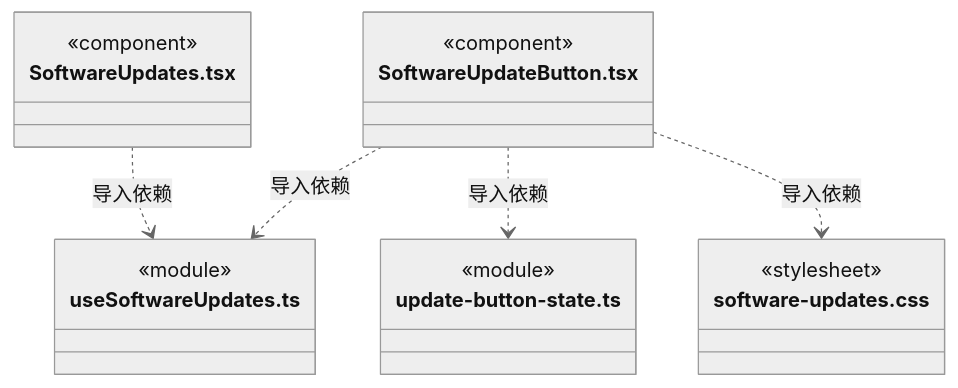
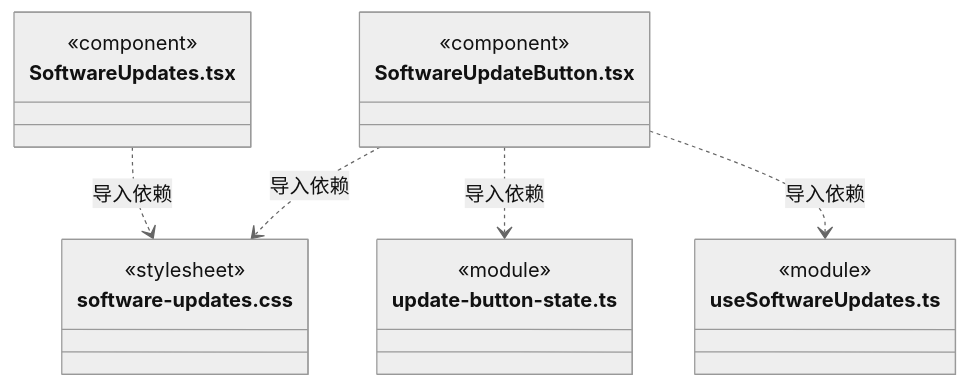
The seventh of 8 diagrams in src/view/updates/ARCHITECTURE.md (nan023062/cbim), drawn with Mermaid (neutral theme) before and after one commit. The commit also changed other lines of this file and 112 other files, not shown here.

Commit message:
docs: align source architecture with current declarations and contracts

````diff
--- a/src/view/updates/ARCHITECTURE.md
+++ b/src/view/updates/ARCHITECTURE.md
@@ -165,22 +165,22 @@
 ```mermaid
 classDiagram
 class N_src_view_updates_SoftwareUpdateButton_tsx["SoftwareUpdateButton.tsx"] {
   <<component>>
 }
-class N_src_view_updates_useSoftwareUpdates_ts["useSoftwareUpdates.ts"] {
-  <<module>>
+class N_src_view_updates_software_updates_css["software-updates.css"] {
+  <<stylesheet>>
 }
 class N_src_view_updates_update_button_state_ts["update-button-state.ts"] {
   <<module>>
 }
-class N_src_view_updates_software_updates_css["software-updates.css"] {
-  <<stylesheet>>
+class N_src_view_updates_useSoftwareUpdates_ts["useSoftwareUpdates.ts"] {
+  <<module>>
 }
 class N_src_view_updates_SoftwareUpdates_tsx["SoftwareUpdates.tsx"] {
   <<component>>
 }
+N_src_view_updates_SoftwareUpdateButton_tsx ..> N_src_view_updates_software_updates_css : 导入依赖
+N_src_view_updates_SoftwareUpdateButton_tsx ..> N_src_view_updates_update_button_state_ts : 导入依赖
 N_src_view_updates_SoftwareUpdateButton_tsx ..> N_src_view_updates_useSoftwareUpdates_ts : 导入依赖
-N_src_view_updates_SoftwareUpdateButton_tsx ..> N_src_view_updates_update_button_state_ts : 导入依赖
-N_src_view_updates_SoftwareUpdateButton_tsx ..> N_src_view_updates_software_updates_css : 导入依赖
-N_src_view_updates_SoftwareUpdates_tsx ..> N_src_view_updates_useSoftwareUpdates_ts : 导入依赖
+N_src_view_updates_SoftwareUpdates_tsx ..> N_src_view_updates_software_updates_css : 导入依赖
 ```
````
